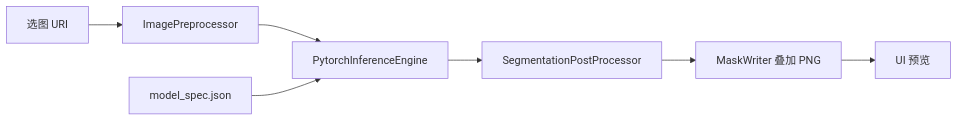
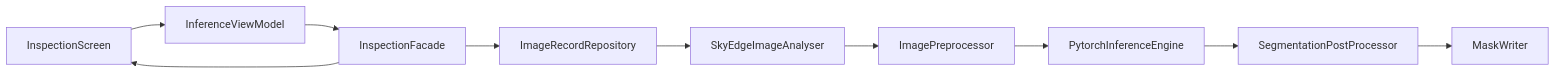
Before and after one commit to Hshevin/ToyokawaGroup: the diagram in README.md, drawn with Mermaid. The commit also changed other lines of this file and 65 other files, not shown here.

````diff
--- a/README.md
+++ b/README.md
@@ -138,9 +160,12 @@
 ```mermaid
 flowchart LR
-  A[选图 URI] --> B[ImagePreprocessor]
-  B --> C[PytorchInferenceEngine]
-  C --> D[SegmentationPostProcessor]
-  D --> E[MaskWriter 叠加 PNG]
-  E --> F[UI 预览]
-  M[model_spec.json] --> C
+  UI[InspectionScreen] --> VM[InferenceViewModel]
+  VM --> Facade[InspectionFacade]
+  Facade --> Repo[ImageRecordRepository]
+  Repo --> Analyser[SkyEdgeImageAnalyser]
+  Analyser --> Pre[ImagePreprocessor]
+  Pre --> Engine[PytorchInferenceEngine]
+  Engine --> Post[SegmentationPostProcessor]
+  Post --> Mask[MaskWriter]
+  Facade --> UI
 ```
````
